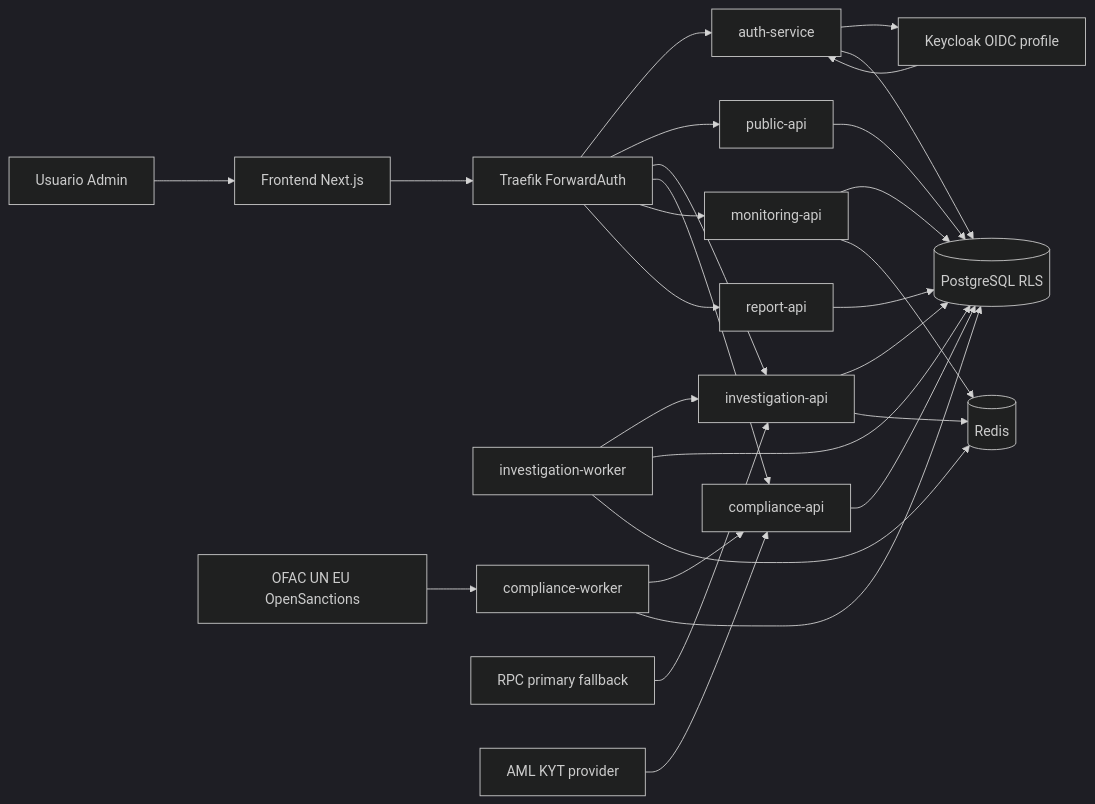
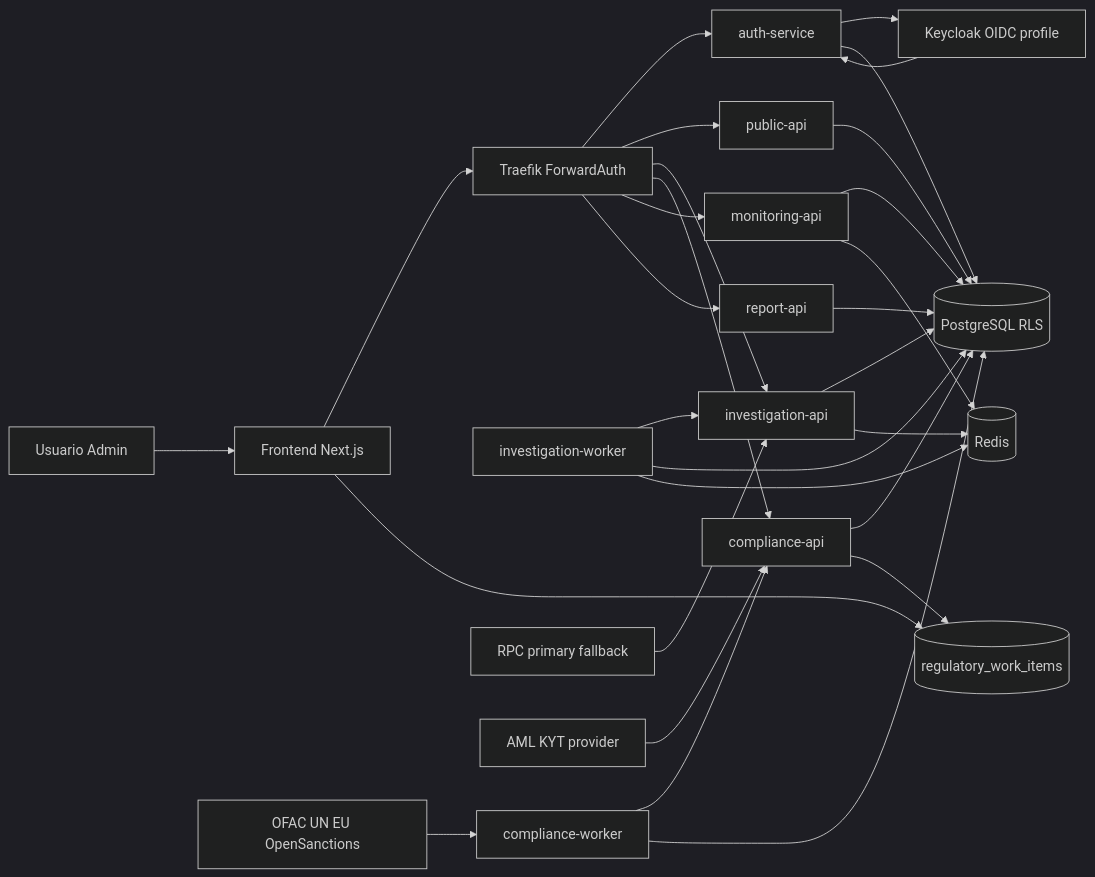
The diagram in ontrackchain/README.md (Jistriane/Ontrackchain), drawn with Mermaid (dark theme) before and after one commit. The commit also changed other lines of this file and 50 other files, not shown here.

````diff
--- a/ontrackchain/README.md
+++ b/ontrackchain/README.md
@@ -110,37 +115,40 @@
 ```mermaid
 flowchart LR
   user[Usuario Admin] --> frontend[Frontend Next.js]
   frontend --> traefik[Traefik ForwardAuth]
 
   traefik --> auth[auth-service]
   traefik --> public[public-api]
   traefik --> inv[investigation-api]
   traefik --> comp[compliance-api]
   traefik --> mon[monitoring-api]
   traefik --> rep[report-api]
 
   keycloak[Keycloak OIDC profile] --> auth
   auth --> keycloak
 
   invw[investigation-worker] --> inv
   compw[compliance-worker] --> comp
 
   pg[(PostgreSQL RLS)]
   redis[(Redis)]
 
   auth --> pg
   public --> pg
   inv --> pg
   inv --> redis
   invw --> pg
   invw --> redis
   comp --> pg
   compw --> pg
   mon --> pg
   mon --> redis
   rep --> pg
+  work[(regulatory_work_items)]
+  comp --> work
+  frontend --> work
 
   rpc[RPC primary fallback] --> inv
   trm[AML KYT provider] --> comp
   feeds[OFAC UN EU OpenSanctions] --> compw
 ```
````
